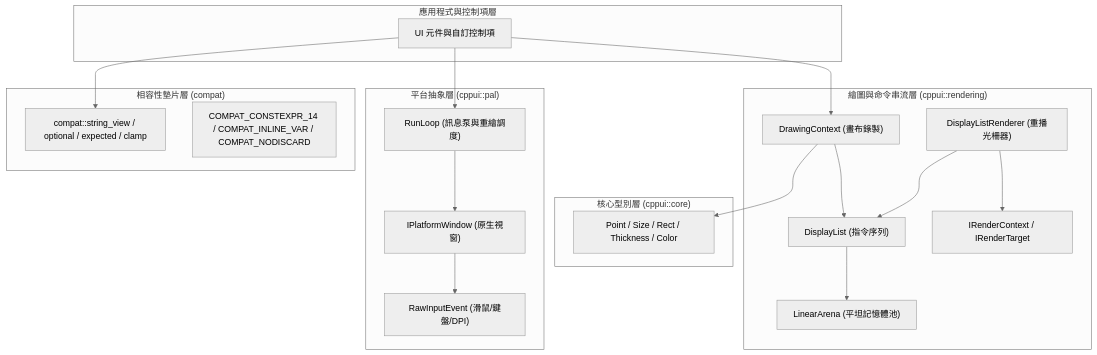
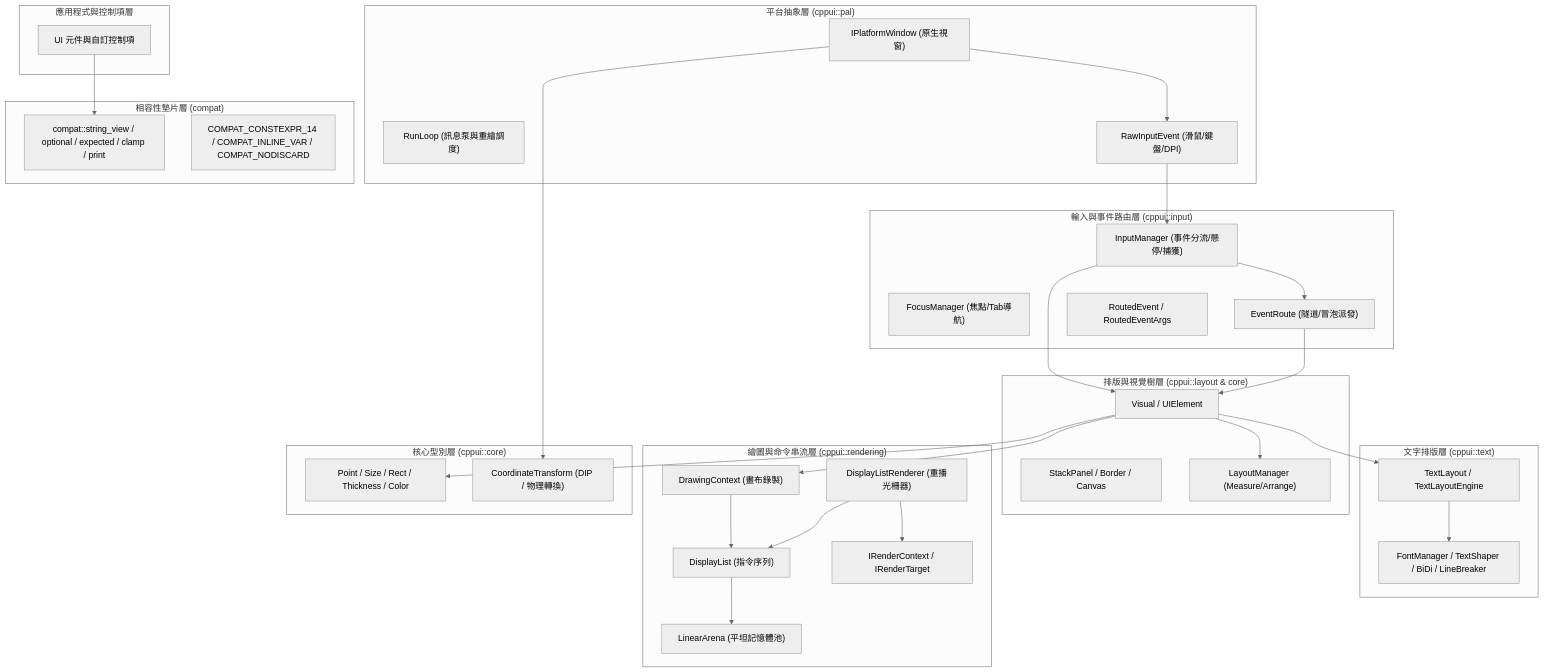
Before and after one commit to willy050209/CPP-UI: the diagram in docs/api/README.md, drawn with Mermaid (neutral theme). The commit also changed other lines of this file and 16 other files, not shown here.

Commit message:
docs(api): update API documentation for M5 routed events, CoordinateTransform, and roadmap

````diff
--- a/docs/api/README.md
+++ b/docs/api/README.md
@@ -11,40 +11,65 @@
 ```mermaid
 graph TD
     subgraph Consumer["應用程式與控制項層"]
         App["UI 元件與自訂控制項"]
+    end
+
+    subgraph InputLayer["輸入與事件路由層 (cppui::input)"]
+        InputMgr["InputManager (事件分流/懸停/捕獲)"]
+        FocusMgr["FocusManager (焦點/Tab導航)"]
+        Route["EventRoute (隧道/冒泡派發)"]
+        EventDef["RoutedEvent / RoutedEventArgs"]
+    end
+
+    subgraph LayoutLayer["排版與視覺樹層 (cppui::layout & core)"]
+        Tree["Visual / UIElement"]
+        Containers["StackPanel / Border / Canvas"]
+        LayoutMgr["LayoutManager (Measure/Arrange)"]
+    end
+
+    subgraph TextLayer["文字排版層 (cppui::text)"]
+        TextLayout["TextLayout / TextLayoutEngine"]
+        Typography["FontManager / TextShaper / BiDi / LineBreaker"]
     end
 
     subgraph RenderingLayer["繪圖與命令串流層 (cppui::rendering)"]
         DC["DrawingContext (畫布錄製)"]
         DL["DisplayList (指令序列)"]
         Arena["LinearArena (平坦記憶體池)"]
         DLR["DisplayListRenderer (重播光柵器)"]
         IR["IRenderContext / IRenderTarget"]
     end
 
     subgraph CoreLayer["核心型別層 (cppui::core)"]
         Geo["Point / Size / Rect / Thickness / Color"]
+        CT["CoordinateTransform (DIP / 物理轉換)"]
     end
 
     subgraph PALLayer["平台抽象層 (cppui::pal)"]
         Win["IPlatformWindow (原生視窗)"]
         Loop["RunLoop (訊息泵與重繪調度)"]
-        Event["RawInputEvent (滑鼠/鍵盤/DPI)"]
+        RawEvent["RawInputEvent (滑鼠/鍵盤/DPI)"]
     end
 
     subgraph CompatLayer["相容性墊片層 (compat)"]
-        Compat["compat::string_view / optional / expected / clamp"]
+        Compat["compat::string_view / optional / expected / clamp / print"]
         Macros["COMPAT_CONSTEXPR_14 / COMPAT_INLINE_VAR / COMPAT_NODISCARD"]
     end
 
-    App --> DC
-    App --> Loop
+    Win --> RawEvent
+    RawEvent --> InputMgr
+    InputMgr --> Tree
+    InputMgr --> Route
+    Route --> Tree
+    Tree --> LayoutMgr
+    Tree --> DC
     DC --> DL
     DL --> Arena
     DLR --> DL
     DLR --> IR
-    DC --> Geo
-    Win --> Event
-    Loop --> Win
+    Tree --> TextLayout
+    TextLayout --> Typography
+    Tree --> Geo
+    Win --> CT
     App --> Compat
 ```
````
